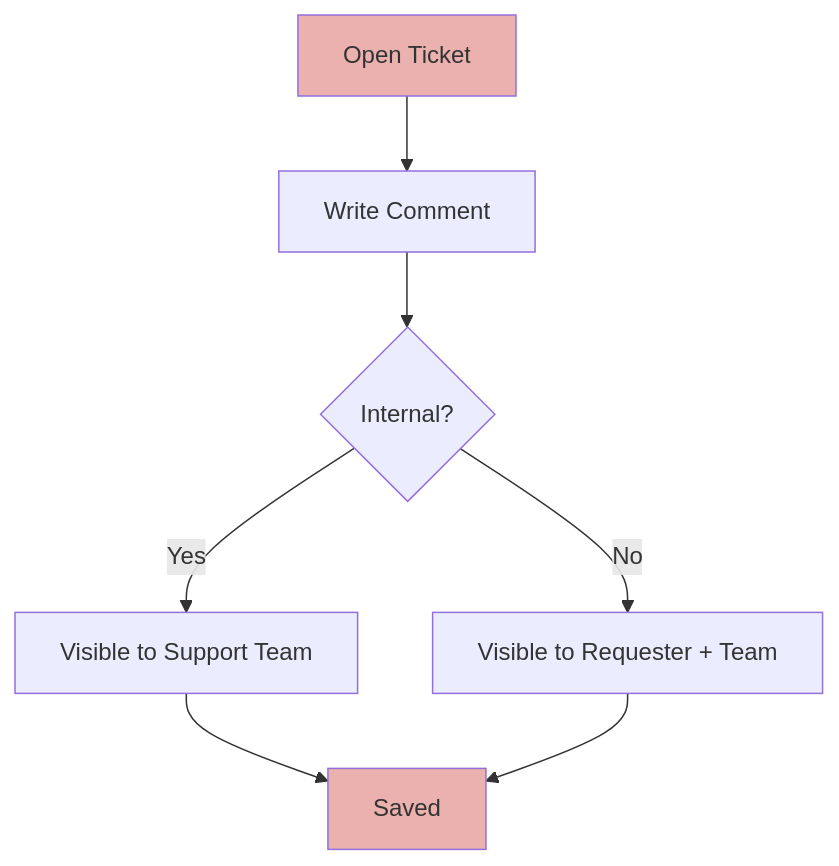
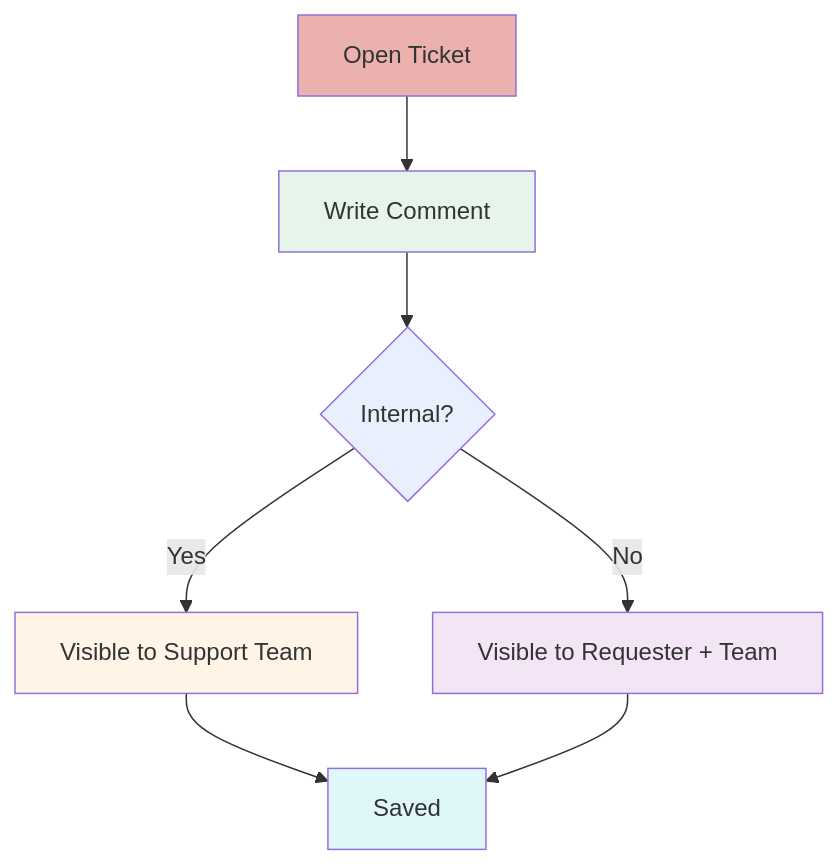
One commit to salmanb74-dev/ntg-ticket changed the second of 7 diagrams in NTG-Ticket-User Guide.md. Above: the diagram before and after it, drawn with Mermaid. The commit also changed other lines of this file, not shown here.

````diff
--- a/NTG-Ticket-User Guide.md
+++ b/NTG-Ticket-User Guide.md
@@ -121,11 +126,15 @@
 ```mermaid
 flowchart TD
     A[Open Ticket] --> B[Write Comment]
     B --> C{Internal?}
     C -- Yes --> D[Visible to Support Team]
     C -- No --> E[Visible to Requester + Team]
     D --> F[Saved]
     E --> F[Saved]
     style A fill:#EAB1AE
-    style F fill:#EAB1AE
+    style B fill:#E6F4EA
+    style C fill:#E8F0FE
+    style D fill:#FFF4E5
+    style E fill:#F3E5F5
+    style F fill:#E0F7FA
 ```
````
